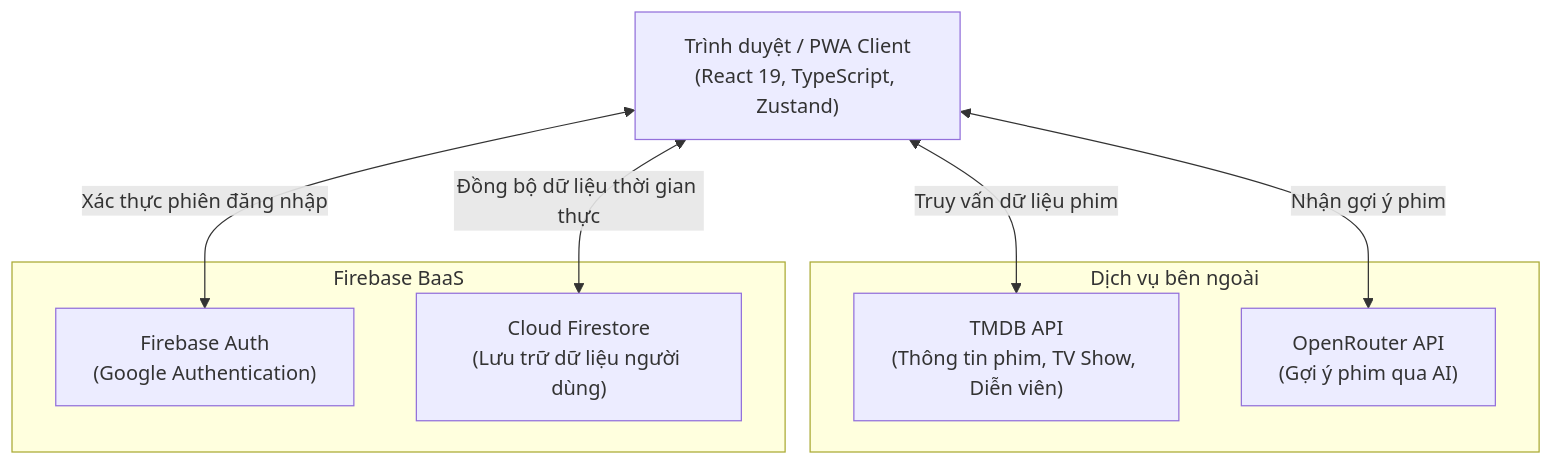
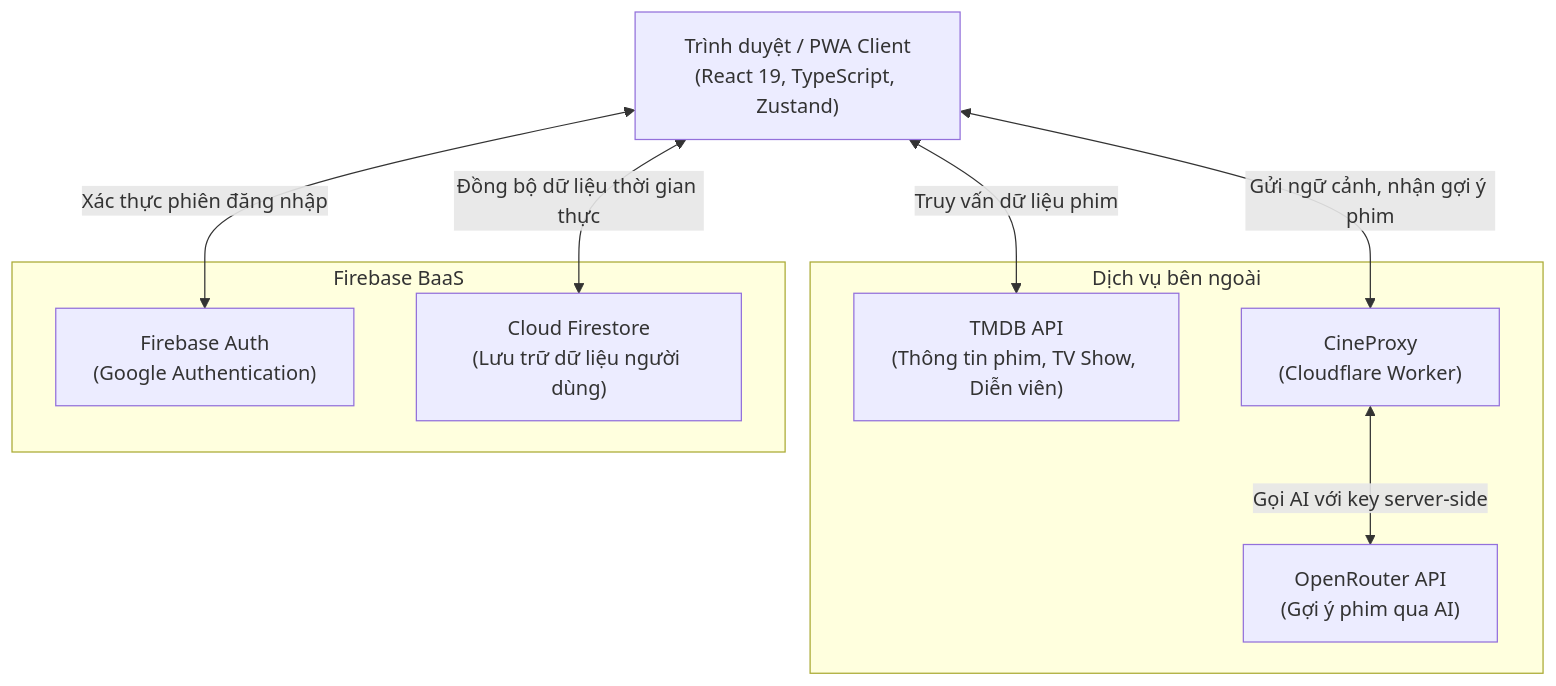
One commit to dexter826/cinemob changed the diagram in README.md. Above: the diagram before and after it, drawn with Mermaid. The commit also changed other lines of this file, not shown here.

````diff
--- a/README.md
+++ b/README.md
@@ -42,19 +42,21 @@
 ```mermaid
 graph TD
     Client["Trình duyệt / PWA Client<br/>(React 19, TypeScript, Zustand)"]
 
     subgraph External_Services["Dịch vụ bên ngoài"]
         TMDB["TMDB API<br/>(Thông tin phim, TV Show, Diễn viên)"]
+        AIProxy["CineProxy<br/>(Cloudflare Worker)"]
         OpenRouter["OpenRouter API<br/>(Gợi ý phim qua AI)"]
     end
 
     subgraph Firebase_Services["Firebase BaaS"]
         Auth["Firebase Auth<br/>(Google Authentication)"]
         Firestore["Cloud Firestore<br/>(Lưu trữ dữ liệu người dùng)"]
     end
 
     Client <-->|Truy vấn dữ liệu phim| TMDB
-    Client <-->|Nhận gợi ý phim| OpenRouter
+    Client <-->|Gửi ngữ cảnh, nhận gợi ý phim| AIProxy
+    AIProxy <-->|Gọi AI với key server-side| OpenRouter
     Client <-->|Xác thực phiên đăng nhập| Auth
     Client <-->|Đồng bộ dữ liệu thời gian thực| Firestore
 ```
````
